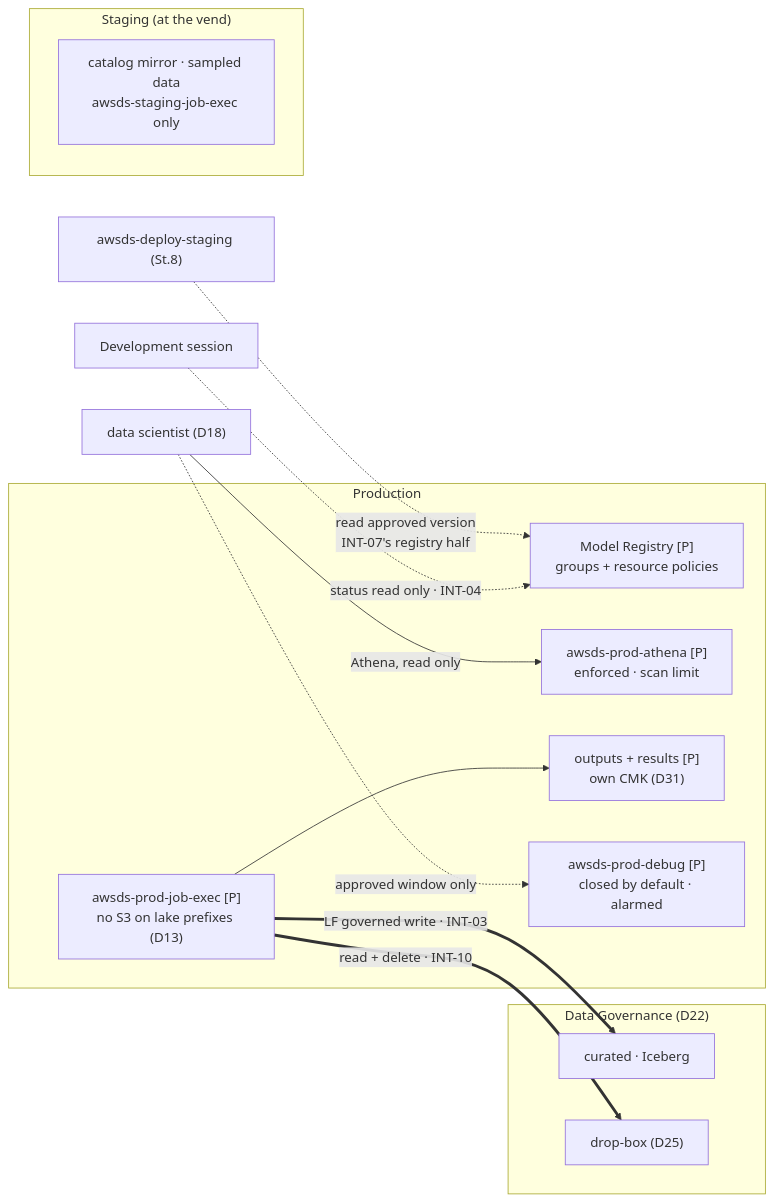
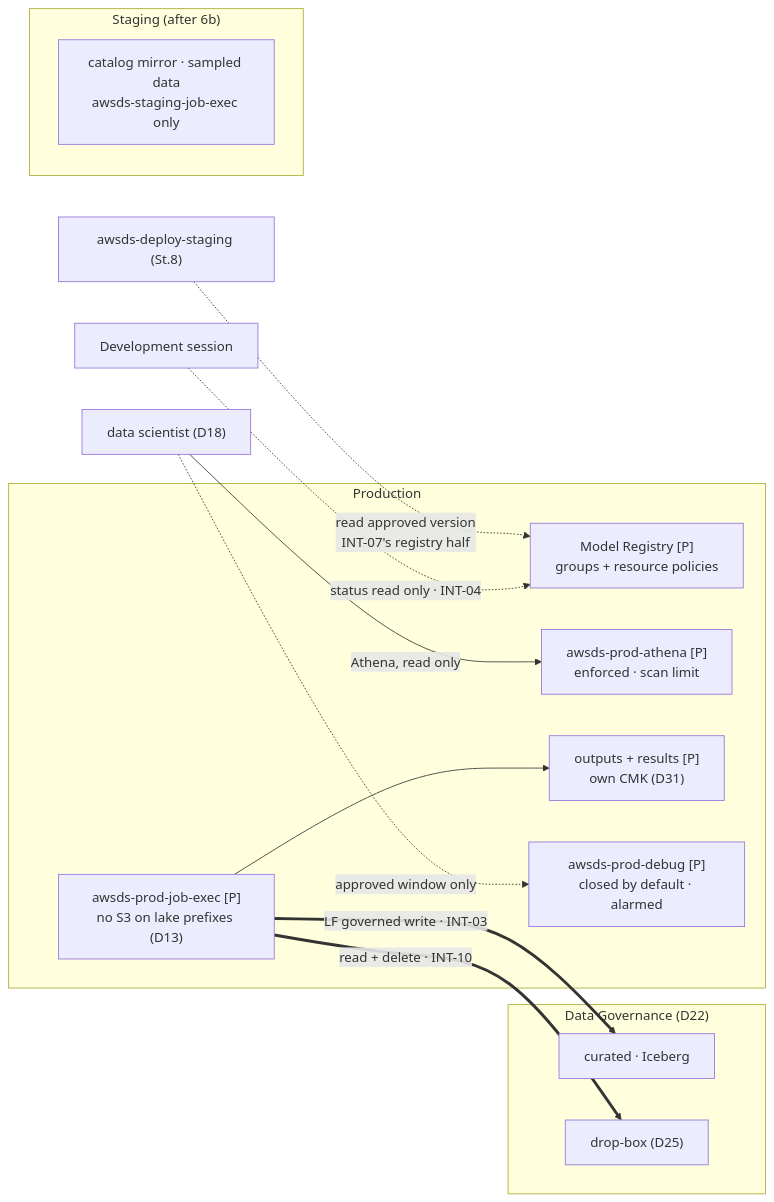
One commit to felipenoris/AWS-DataScience changed the diagram in docs/plan/stages/stage-09-deployment-targets.md. Above: the diagram before and after it, drawn with Mermaid. The commit also changed other lines of this file and 73 other files, not shown here.

````diff
--- a/docs/plan/stages/stage-09-deployment-targets.md
+++ b/docs/plan/stages/stage-09-deployment-targets.md
@@ -39,24 +39,24 @@
 ```mermaid
 flowchart LR
     subgraph DG["Data Governance (D22)"]
         LAKE["curated · Iceberg"]
         BOX["drop-box (D25)"]
     end
     subgraph PRD["Production"]
         JOB["awsds-prod-job-exec [P]<br/>no S3 on lake prefixes (D13)"]
         REG["Model Registry [P]<br/>groups + resource policies"]
         WG["awsds-prod-athena [P]<br/>enforced · scan limit"]
         OUT["outputs + results [P]<br/>own CMK (D31)"]
         DBG["awsds-prod-debug [P]<br/>closed by default · alarmed"]
     end
-    subgraph STG["Staging (at the vend)"]
+    subgraph STG["Staging (after 6b)"]
         MIR["catalog mirror · sampled data<br/>awsds-staging-job-exec only"]
     end
     JOB ==>|"LF governed write · INT-03"| LAKE
     JOB ==>|"read + delete · INT-10"| BOX
     JOB --> OUT
     DS["data scientist (D18)"] -->|"Athena, read only"| WG
     DS -.->|"approved window only"| DBG
     SDR["awsds-deploy-staging (St.8)"] -.->|"read approved version<br/>INT-07's registry half"| REG
     DEVR["Development session"] -.->|"status read only · INT-04"| REG
 ```
````
